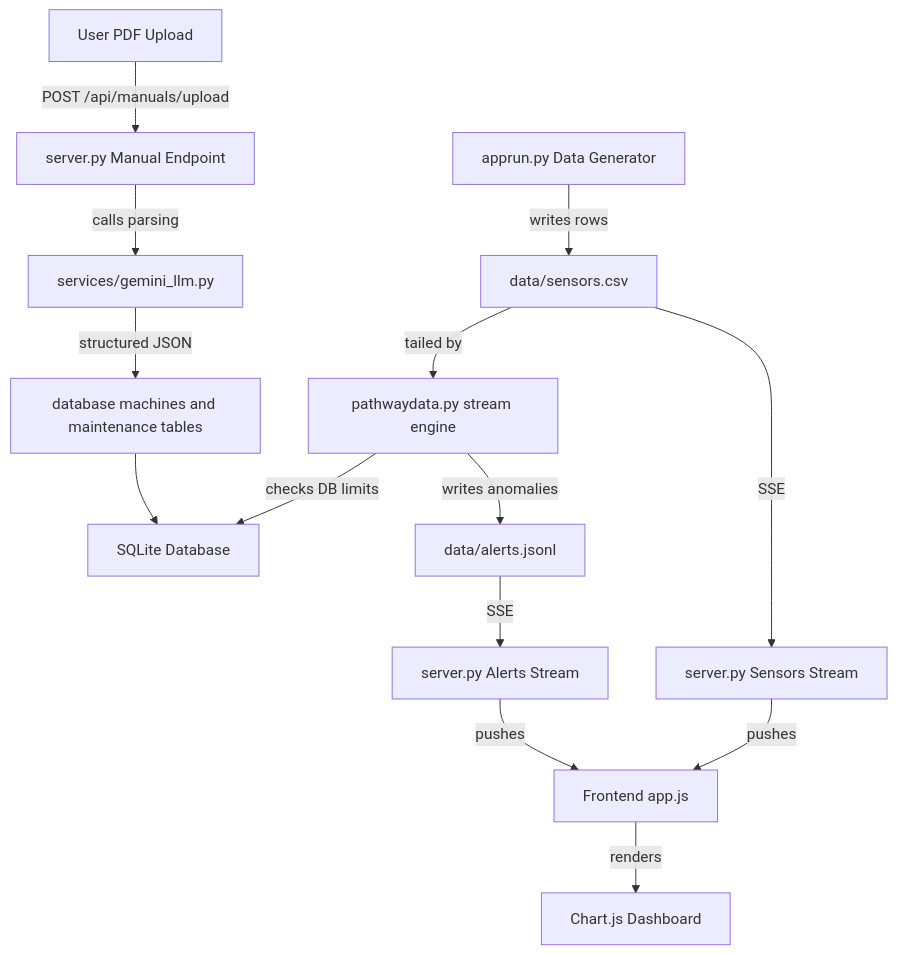
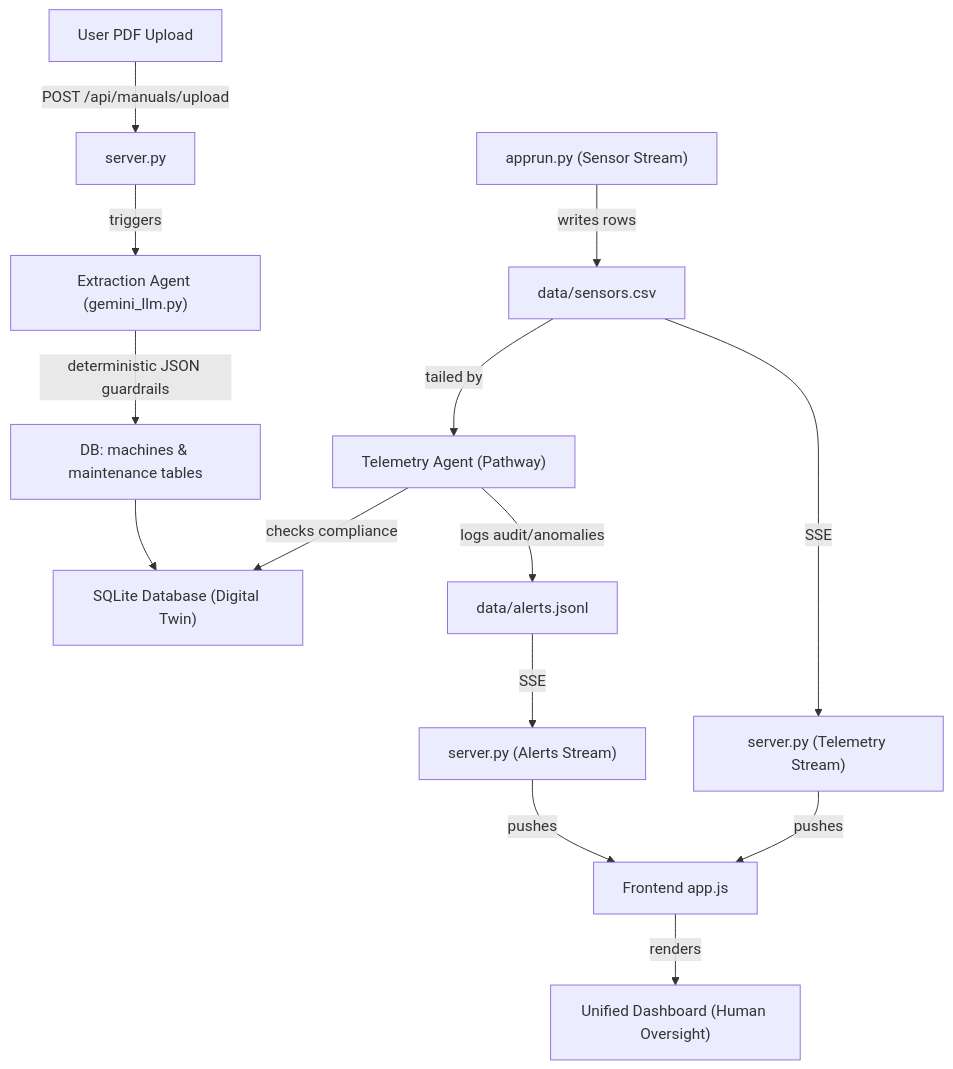
Before and after one commit to RoyalRoy64/Hack4GreenBharatPrototype: the diagram in README.md, drawn with Mermaid. The commit also changed other lines of this file, not shown here.

````diff
--- a/README.md
+++ b/README.md
@@ -74,19 +46,19 @@
 ```mermaid
 graph TD
-    A["apprun.py Data Generator"] -->|writes rows| B["data/sensors.csv"]
-    B -->|tailed by| C["pathwaydata.py stream engine"]
-    C -->|checks DB limits| D["SQLite Database"]
-    C -->|writes anomalies| E["data/alerts.jsonl"]
+    A["apprun.py (Sensor Stream)"] -->|writes rows| B["data/sensors.csv"]
+    B -->|tailed by| C["Telemetry Agent (Pathway)"]
+    C -->|checks compliance| D["SQLite Database (Digital Twin)"]
+    C -->|logs audit/anomalies| E["data/alerts.jsonl"]
     
-    B -->|SSE| F["server.py Sensors Stream"]
-    E -->|SSE| G["server.py Alerts Stream"]
+    B -->|SSE| F["server.py (Telemetry Stream)"]
+    E -->|SSE| G["server.py (Alerts Stream)"]
     
     F -->|pushes| H["Frontend app.js"]
     G -->|pushes| H
-    H -->|renders| I["Chart.js Dashboard"]
+    H -->|renders| I["Unified Dashboard (Human Oversight)"]
     
-    J["User PDF Upload"] -->|POST /api/manuals/upload| K["server.py Manual Endpoint"]
-    K -->|calls parsing| L["services/gemini_llm.py"]
-    L -->|structured JSON| M["database machines and maintenance tables"]
+    J["User PDF Upload"] -->|POST /api/manuals/upload| K["server.py"]
+    K -->|triggers| L["Extraction Agent (gemini_llm.py)"]
+    L -->|deterministic JSON guardrails| M["DB: machines & maintenance tables"]
     M --> D
 ```
````
